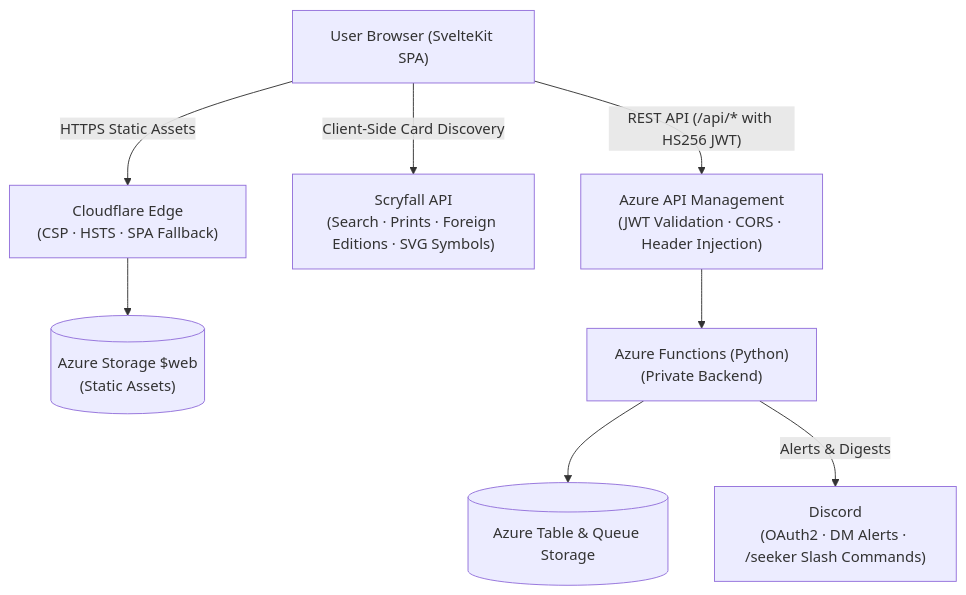
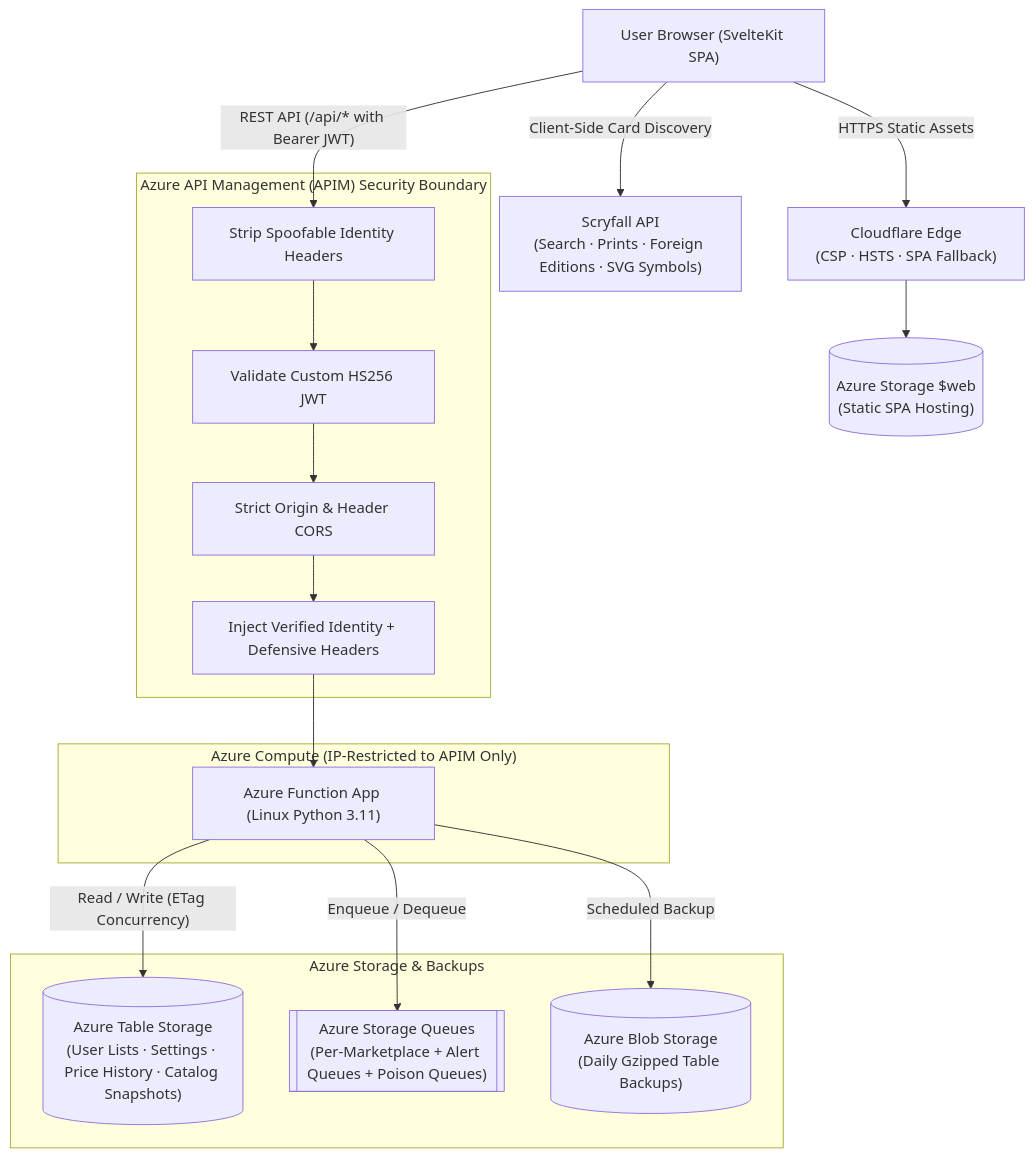
One commit to cjjwisniewski/seeker.cityoftraitors.com changed the first of 4 diagrams in README.md. Above: the diagram before and after it, drawn with Mermaid. The commit also changed other lines of this file, not shown here.

Commit message:
docs(readme): overhaul README with full-stack architecture diagrams

````diff
--- a/README.md
+++ b/README.md
@@ -22,17 +25,33 @@
 ```mermaid
 flowchart TD
     Browser["User Browser (SvelteKit SPA)"]
     CF["Cloudflare Edge\n(CSP · HSTS · SPA Fallback)"]
-    WebStorage[("Azure Storage $web\n(Static Assets)")]
+    WebStorage[("Azure Storage $web\n(Static SPA Hosting)")]
     Scryfall["Scryfall API\n(Search · Prints · Foreign Editions · SVG Symbols)"]
-    APIM["Azure API Management\n(JWT Validation · CORS · Header Injection)"]
-    Functions["Azure Functions (Python)\n(Private Backend)"]
-    Storage[("Azure Table & Queue Storage")]
-    Discord["Discord\n(OAuth2 · DM Alerts · /seeker Slash Commands)"]
+
+    subgraph AzureGateway["Azure API Management (APIM) Security Boundary"]
+        Strip["Strip Spoofable Identity Headers"]
+        JWT["Validate Custom HS256 JWT"]
+        CORS["Strict Origin & Header CORS"]
+        Headers["Inject Verified Identity + Defensive Headers"]
+        Strip --> JWT --> CORS --> Headers
+    end
+
+    subgraph Compute["Azure Compute (IP-Restricted to APIM Only)"]
+        FA["Azure Function App (Linux Python 3.11)"]
+    end
+
+    subgraph Data["Azure Storage & Backups"]
+        Tables[("Azure Table Storage\n(User Lists · Settings · Price History · Catalog Snapshots)")]
+        Queues[["Azure Storage Queues\n(Per-Marketplace + Alert Queues + Poison Queues)"]]
+        Blobs[("Azure Blob Storage\n(Daily Gzipped Table Backups)")]
+    end
 
     Browser -->|"HTTPS Static Assets"| CF --> WebStorage
     Browser -->|"Client-Side Card Discovery"| Scryfall
-    Browser -->|"REST API (/api/* with HS256 JWT)"| APIM --> Functions
-    Functions --> Storage
-    Functions -->|"Alerts & Digests"| Discord
+    Browser -->|"REST API (/api/* with Bearer JWT)"| Strip
+    Headers --> FA
+    FA -->|"Read / Write (ETag Concurrency)"| Tables
+    FA -->|"Enqueue / Dequeue"| Queues
+    FA -->|"Scheduled Backup"| Blobs
 ```
````
